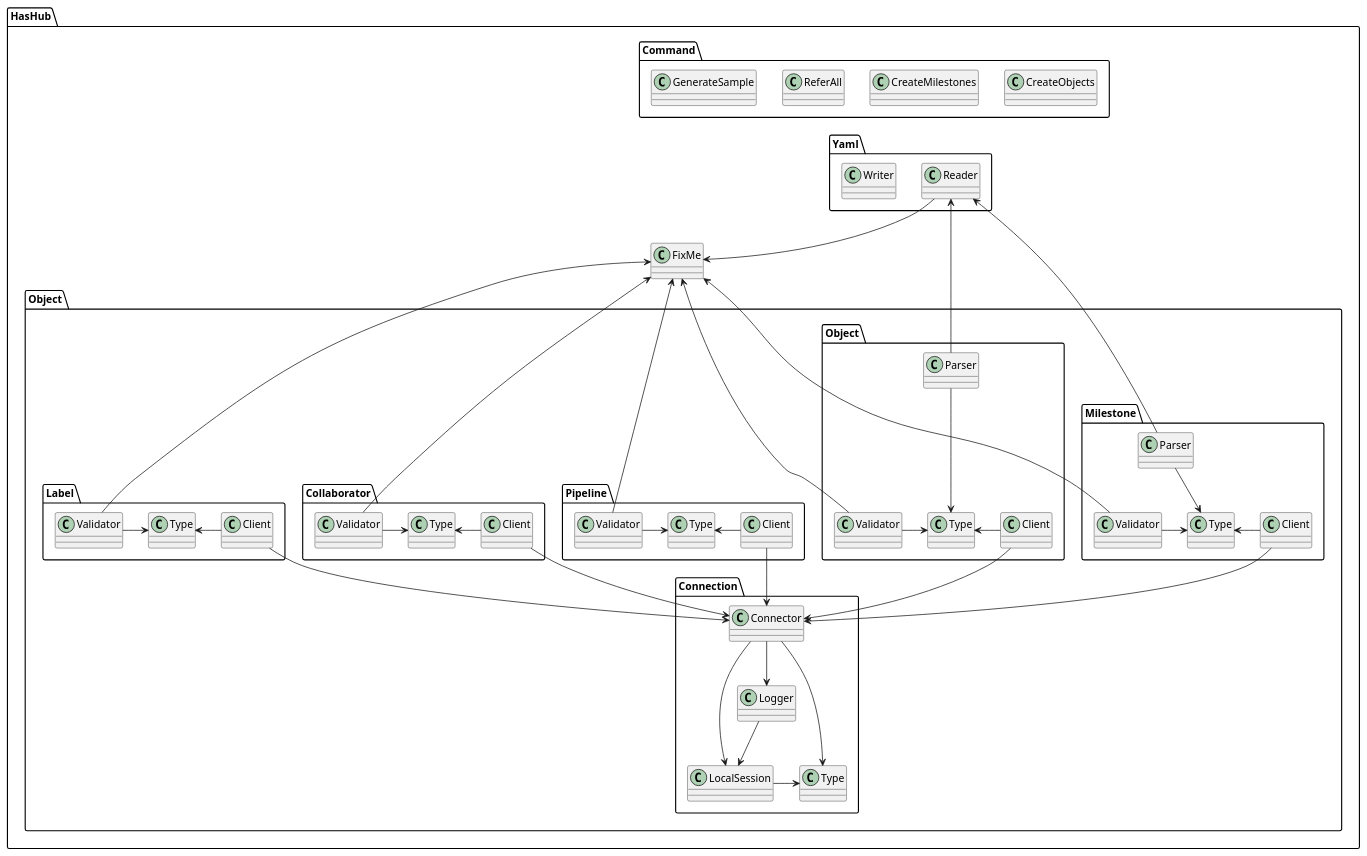
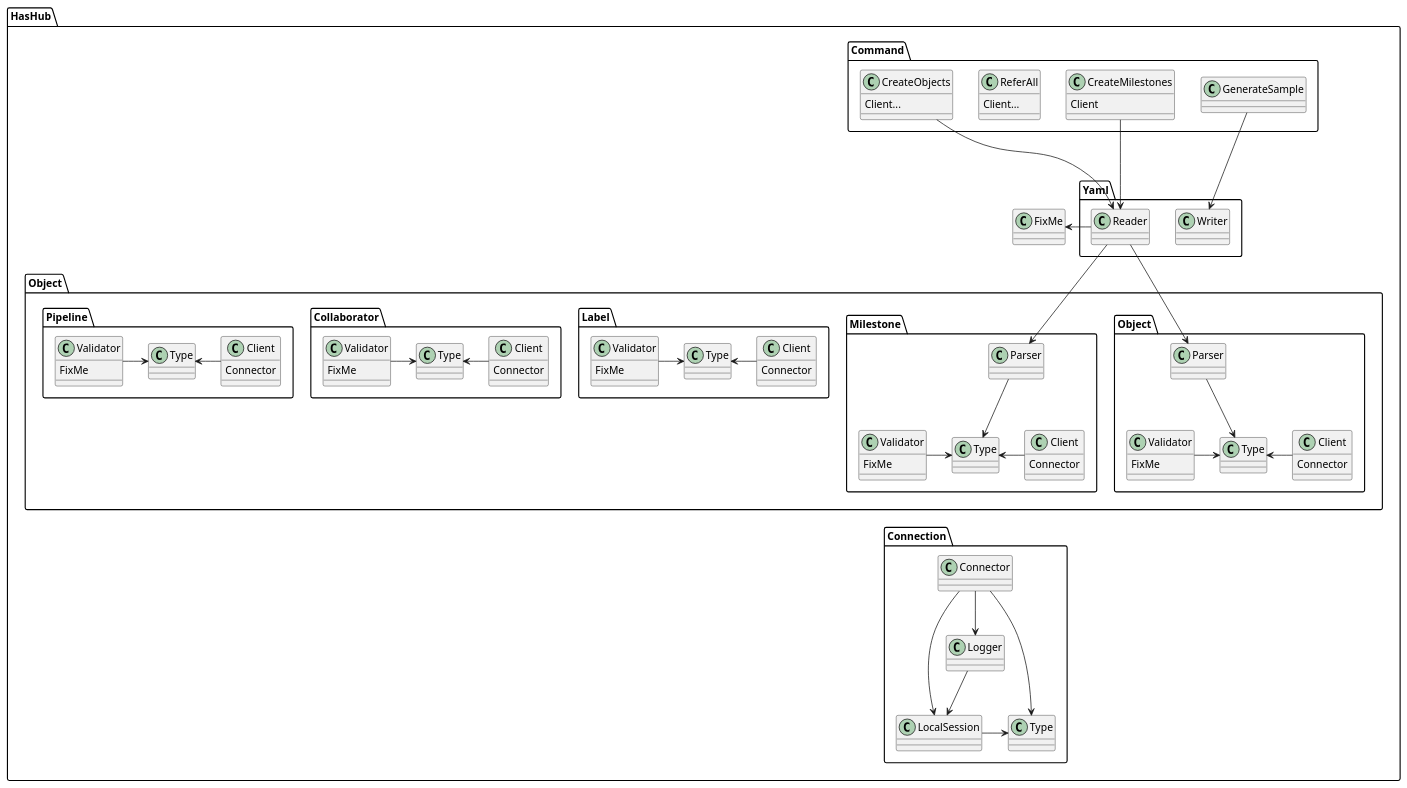
One commit to suzuki-hoge/has-hub changed the diagram in doc/system/module.puml. Above: the diagram before and after it, drawn with PlantUML. The commit also changed 6 other files, not shown here.

Commit message:
create Label package.

```diff
--- a/doc/system/module.puml
+++ b/doc/system/module.puml
@@ -1,91 +1,106 @@
 @startuml
 
 namespace HasHub {
   namespace Command {
-    class CreateObjects
-    class CreateMilestones
-    class ReferAll
+    class CreateObjects {
+      Client...
+    }
+    class CreateMilestones {
+      Client
+    }
+    class ReferAll {
+      Client...
+    }
     class GenerateSample
   }
   namespace Object {
-    namespace Connection {
-      class Connector
-      class LocalSession
-      class Type
-      class Logger
-      Connector --> Type
-      Connector --> Logger
-      Logger --> LocalSession
-      Connector --> LocalSession
-      LocalSession -r-> Type
-    }
     namespace Object {
-      class Validator
-      class Client
+      class Validator {
+        FixMe
+      }
+      class Client {
+        Connector
+      }
       class Type
       class Parser
       Validator -r-> Type
       Client -l-> Type
-      Parser -d--> Type
+      Parser -d-> Type
     }
     namespace Milestone {
-      class Validator
-      class Client
+      class Validator {
+        FixMe
+      }
+      class Client {
+        Connector
+      }
       class Type
       class Parser
       Validator -r-> Type
       Client -l-> Type
       Parser -d-> Type
     }
     namespace Label {
-      class Validator
-      class Client
+      class Validator {
+        FixMe
+      }
+      class Client {
+        Connector
+      }
       class Type
       Validator -r-> Type
       Client -l-> Type
     }
     namespace Collaborator {
-      class Validator
-      class Client
+      class Validator {
+        FixMe
+      }
+      class Client {
+        Connector
+      }
       class Type
       Validator -r-> Type
       Client -l-> Type
     }
     namespace Pipeline {
-      class Validator
-      class Client
+      class Validator {
+        FixMe
+      }
+      class Client {
+        Connector
+      }
       class Type
       Validator -r-> Type
       Client -l-> Type
     }
+  }
+  namespace Connection {
+    class Connector
+    class LocalSession
+    class Type
+    class Logger
+    Connector --> Type
+    Connector --> Logger
+    Logger --> LocalSession
+    Connector --> LocalSession
+    LocalSession -r-> Type
   }
   class FixMe
   namespace Yaml {
     class Reader
     class Writer
   }
 }
 
-HasHub.Object.Object.Client -d-> HasHub.Object.Connection.Connector
-HasHub.Object.Milestone.Client -d-> HasHub.Object.Connection.Connector
-HasHub.Object.Label.Client -d-> HasHub.Object.Connection.Connector
-HasHub.Object.Collaborator.Client -d-> HasHub.Object.Connection.Connector
-HasHub.Object.Pipeline.Client -d-> HasHub.Object.Connection.Connector
+HasHub.Command.CreateObjects -d-> HasHub.Yaml.Reader
+HasHub.Command.CreateMilestones -d-> HasHub.Yaml.Reader
+HasHub.Command.GenerateSample -d--> HasHub.Yaml.Writer
 
-HasHub.Object.Object.Validator -u> HasHub.FixMe
-HasHub.Object.Milestone.Validator -u-> HasHub.FixMe
-HasHub.Object.Label.Validator -u-> HasHub.FixMe
-HasHub.Object.Collaborator.Validator -u---> HasHub.FixMe
-HasHub.Object.Pipeline.Validator -u-> HasHub.FixMe
+HasHub.Yaml.Reader -d-> HasHub.Object.Object.Parser
+HasHub.Yaml.Reader -d-> HasHub.Object.Milestone.Parser
 
-HasHub.Object.Object.Parser -u> HasHub.Yaml.Reader
-HasHub.Object.Milestone.Parser -u---> HasHub.Yaml.Reader
+HasHub.Yaml.Reader -l-> HasHub.FixMe
 
-HasHub.Yaml.Reader -d-> HasHub.FixMe
-
-HasHub.Command.CreateObjects -[hidden]d-> HasHub.Yaml.Writer
-HasHub.Command.CreateMilestones -[hidden]d-> HasHub.Yaml.Writer
-HasHub.Command.ReferAll -[hidden]d-> HasHub.Yaml.Writer
-HasHub.Command.GenerateSample -[hidden]d-> HasHub.Yaml.Writer
+HasHub.Object.Milestone.Type -[hidden]d-> HasHub.Connection.Connector
 
 @enduml
```
